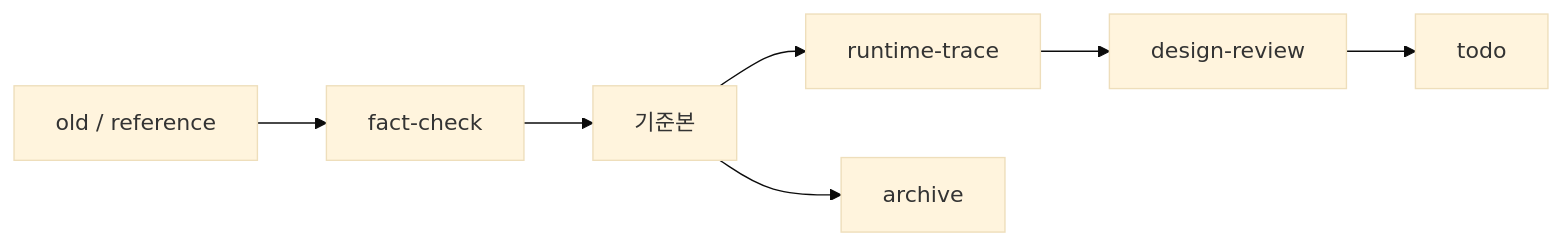
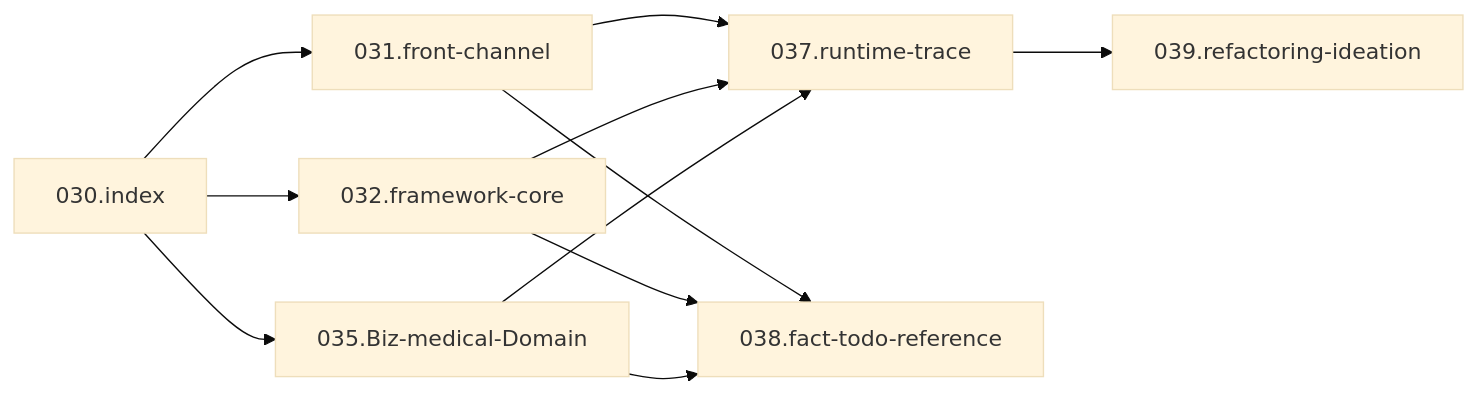
The diagram in 03.analysis_results/README.md (forsylph/nph), drawn with Mermaid (base theme) before and after one commit. The commit also changed other lines of this file and 2 other files, not shown here.

````diff
--- a/03.analysis_results/README.md
+++ b/03.analysis_results/README.md
@@ -179,9 +257,13 @@
 ```mermaid
 flowchart LR
-    Old[old / reference] --> Fact[fact-check]
-    Fact --> Root[기준본]
-    Root --> Trace[runtime-trace]
-    Trace --> Review[design-review]
-    Review --> Todo[todo]
-    Root --> Archive[archive]
+    I[030.index] --> F[031.front-channel]
+    I --> C[032.framework-core]
+    I --> D[035.Biz-medical-Domain]
+    F --> T[037.runtime-trace]
+    C --> T
+    D --> T
+    T --> R[039.refactoring-ideation]
+    F --> X[038.fact-todo-reference]
+    C --> X
+    D --> X
 ```
````
